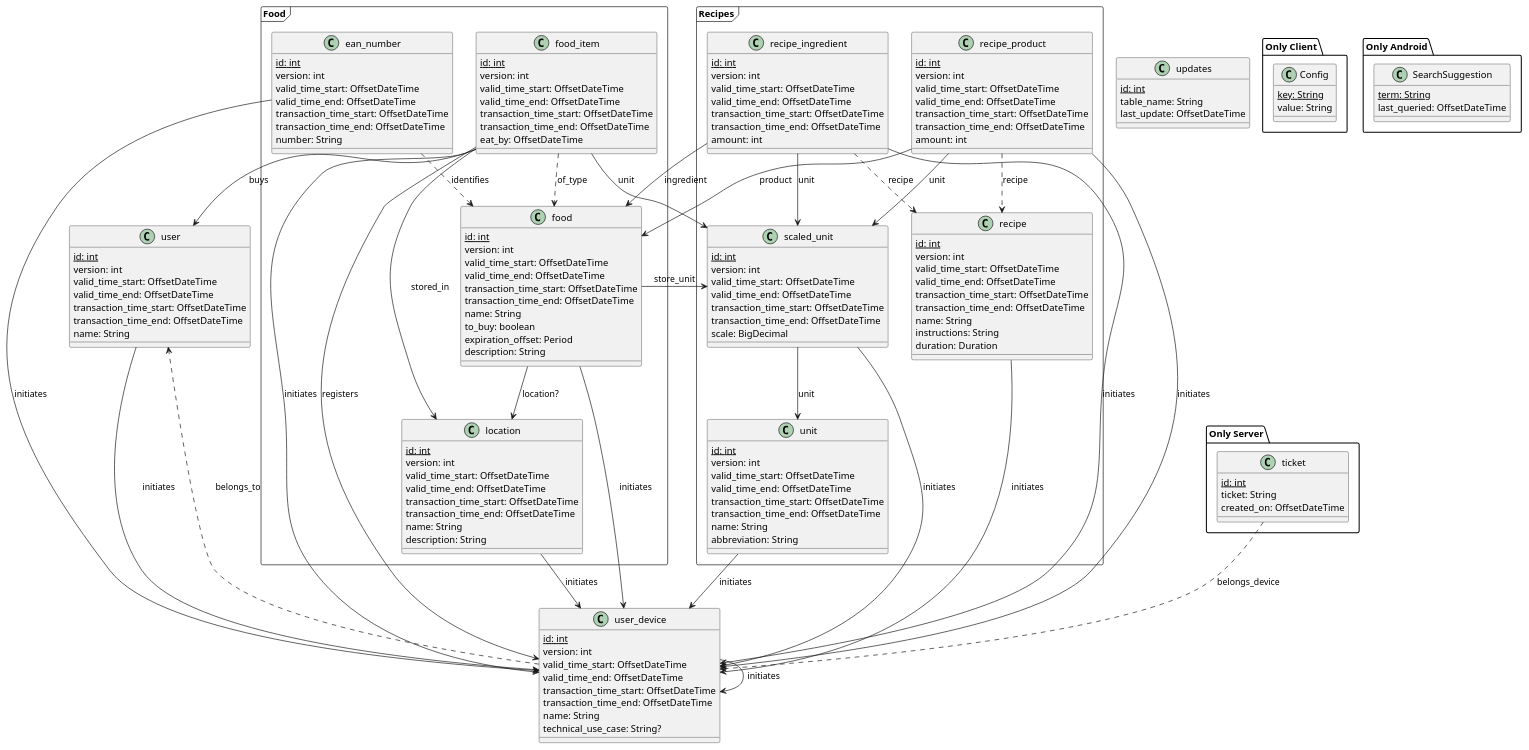
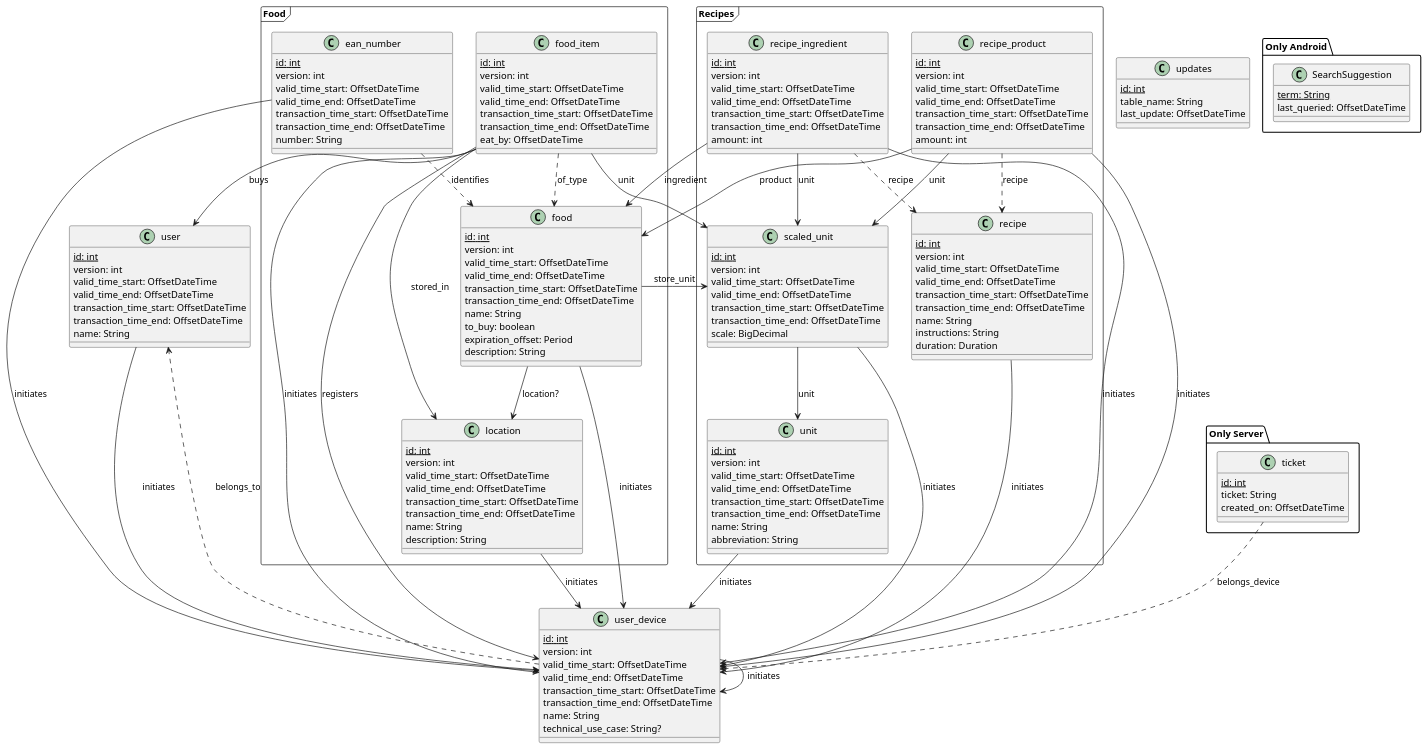
The diagram in manual/development/diagrams/data-model.plantuml (F1rst-Unicorn/stocks), drawn with PlantUML before and after one commit. The commit also changed 236 other files, not shown here.

```diff
--- a/manual/development/diagrams/data-model.plantuml
+++ b/manual/development/diagrams/data-model.plantuml
@@ -19,192 +19,185 @@
 @startuml
 
 class user {
     {static} id: int
     version: int
     valid_time_start: OffsetDateTime
     valid_time_end: OffsetDateTime
     transaction_time_start: OffsetDateTime
     transaction_time_end: OffsetDateTime
     name: String
 }
 
 class user_device {
     {static} id: int
     version: int
     valid_time_start: OffsetDateTime
     valid_time_end: OffsetDateTime
     transaction_time_start: OffsetDateTime
     transaction_time_end: OffsetDateTime
     name: String
     technical_use_case: String?
 }
 
 package Food <<Frame>> {
 
     class location {
         {static} id: int
         version: int
         valid_time_start: OffsetDateTime
         valid_time_end: OffsetDateTime
         transaction_time_start: OffsetDateTime
         transaction_time_end: OffsetDateTime
         name: String
         description: String
     }
 
     class food {
         {static} id: int
         version: int
         valid_time_start: OffsetDateTime
         valid_time_end: OffsetDateTime
         transaction_time_start: OffsetDateTime
         transaction_time_end: OffsetDateTime
         name: String
         to_buy: boolean
         expiration_offset: Period
         description: String
     }
 
     class food_item {
         {static} id: int
         version: int
         valid_time_start: OffsetDateTime
         valid_time_end: OffsetDateTime
         transaction_time_start: OffsetDateTime
         transaction_time_end: OffsetDateTime
         eat_by: OffsetDateTime
     }
 
     class ean_number {
         {static} id: int
         version: int
         valid_time_start: OffsetDateTime
         valid_time_end: OffsetDateTime
         transaction_time_start: OffsetDateTime
         transaction_time_end: OffsetDateTime
         number: String
     }
 }
 
 package Recipes <<Frame>> {
 
     class recipe {
         {static} id: int
         version: int
         valid_time_start: OffsetDateTime
         valid_time_end: OffsetDateTime
         transaction_time_start: OffsetDateTime
         transaction_time_end: OffsetDateTime
         name: String
         instructions: String
         duration: Duration
     }
 
     class recipe_ingredient {
         {static} id: int
         version: int
         valid_time_start: OffsetDateTime
         valid_time_end: OffsetDateTime
         transaction_time_start: OffsetDateTime
         transaction_time_end: OffsetDateTime
         amount: int
     }
 
     class recipe_product {
         {static} id: int
         version: int
         valid_time_start: OffsetDateTime
         valid_time_end: OffsetDateTime
         transaction_time_start: OffsetDateTime
         transaction_time_end: OffsetDateTime
         amount: int
     }
 
     class scaled_unit {
         {static} id: int
         version: int
         valid_time_start: OffsetDateTime
         valid_time_end: OffsetDateTime
         transaction_time_start: OffsetDateTime
         transaction_time_end: OffsetDateTime
         scale: BigDecimal
     }
 
     class unit {
         {static} id: int
         version: int
         valid_time_start: OffsetDateTime
         valid_time_end: OffsetDateTime
         transaction_time_start: OffsetDateTime
         transaction_time_end: OffsetDateTime
         name: String
         abbreviation: String
     }
 }
 
 class updates {
     {static} id: int
     table_name: String
     last_update: OffsetDateTime
 }
 
 package "Only Server" {
     class ticket {
         {static} id: int
         ticket: String
         created_on: OffsetDateTime
     }
 }
 
-package "Only Client" {
-    class Config {
-        {static} key: String
-        value: String
-    }
-}
-
 package "Only Android" {
     class SearchSuggestion {
         {static} term: String
         last_queried: OffsetDateTime
     }
 }
 
 location --> user_device : initiates
 food --> user_device : initiates
 user --> user_device : initiates
 user_device --> user_device : initiates
 food_item --> user_device : initiates
 ean_number --> user_device : initiates
 recipe --> user_device : initiates
 recipe_ingredient --> user_device : initiates
 recipe_product --> user_device : initiates
 unit --> user_device : initiates
 scaled_unit --> user_device : initiates
 
 user_device -[dashed]-> user : belongs_to
 
 ean_number -[dashed]-> food : identifies
 
 food --> location : location?
 food --> scaled_unit : store_unit
 
 food_item --> location : stored_in
 food_item -[dashed]-> food : of_type
 food_item --> user : buys
 food_item --> user_device : registers
 food_item --> scaled_unit : unit
 
 recipe_ingredient -[dashed]-> recipe : recipe
 recipe_ingredient --> food : ingredient
 recipe_ingredient --> scaled_unit : unit
 
 recipe_product -[dashed]-> recipe : recipe
 recipe_product --> food : product
 recipe_product --> scaled_unit : unit
 
 scaled_unit --> unit : unit
 
 ticket -[dashed]-> user_device : belongs_device
 
 @enduml
```
